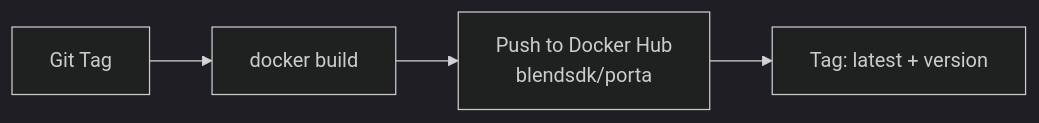
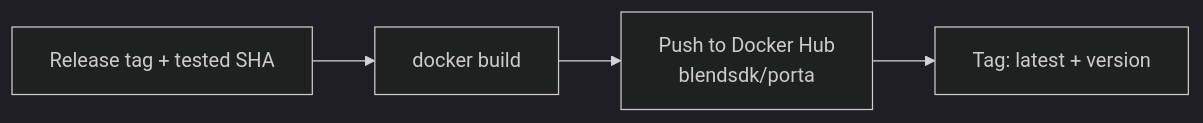
The fifth of 5 diagrams in techdocs/architecture/infrastructure.md (blendsdk/porta-identity), drawn with Mermaid (dark theme) before and after one commit. The commit also changed other lines of this file and 28 other files, not shown here.

````diff
--- a/techdocs/architecture/infrastructure.md
+++ b/techdocs/architecture/infrastructure.md
@@ -146,6 +146,6 @@
 ```mermaid
 graph LR
-    TAG[Git Tag] --> DOCKER[docker build]
+    TAG[Release tag + tested SHA] --> DOCKER[docker build]
     DOCKER --> PUSH[Push to Docker Hub<br/>blendsdk/porta]
     PUSH --> LATEST[Tag: latest + version]
 ```
````
